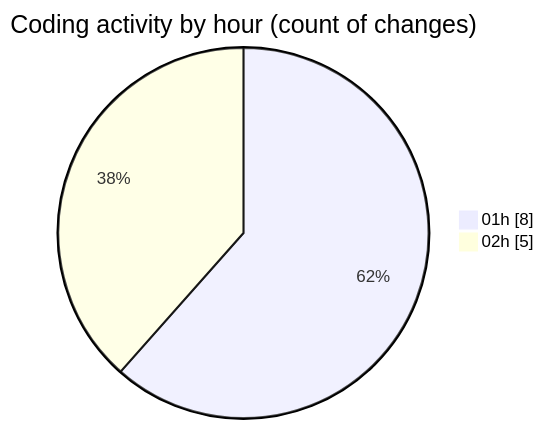
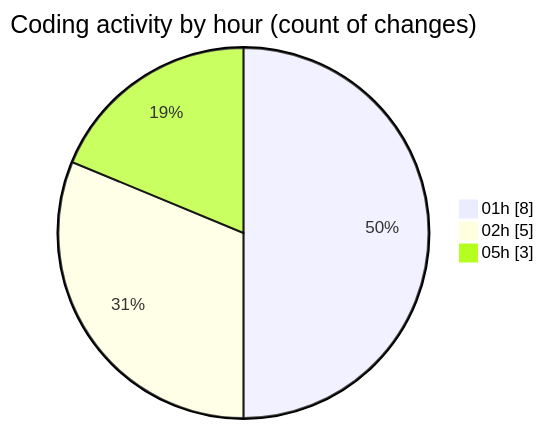
The second of 2 diagrams in 2025-11-21/eventscop-api-guide__workspace_/README.md (julien-gomy/code-tracking), drawn with Mermaid before and after one commit. The commit also changed other lines of this file and 1 other file, not shown here.

````diff
--- a/2025-11-21/eventscop-api-guide__workspace_/README.md
+++ b/2025-11-21/eventscop-api-guide__workspace_/README.md
@@ -34,6 +36,7 @@
 ```mermaid
 pie showData
 title Coding activity by hour (count of changes)
 "01h" : 8
 "02h" : 5
+"05h" : 3
 ```
````
